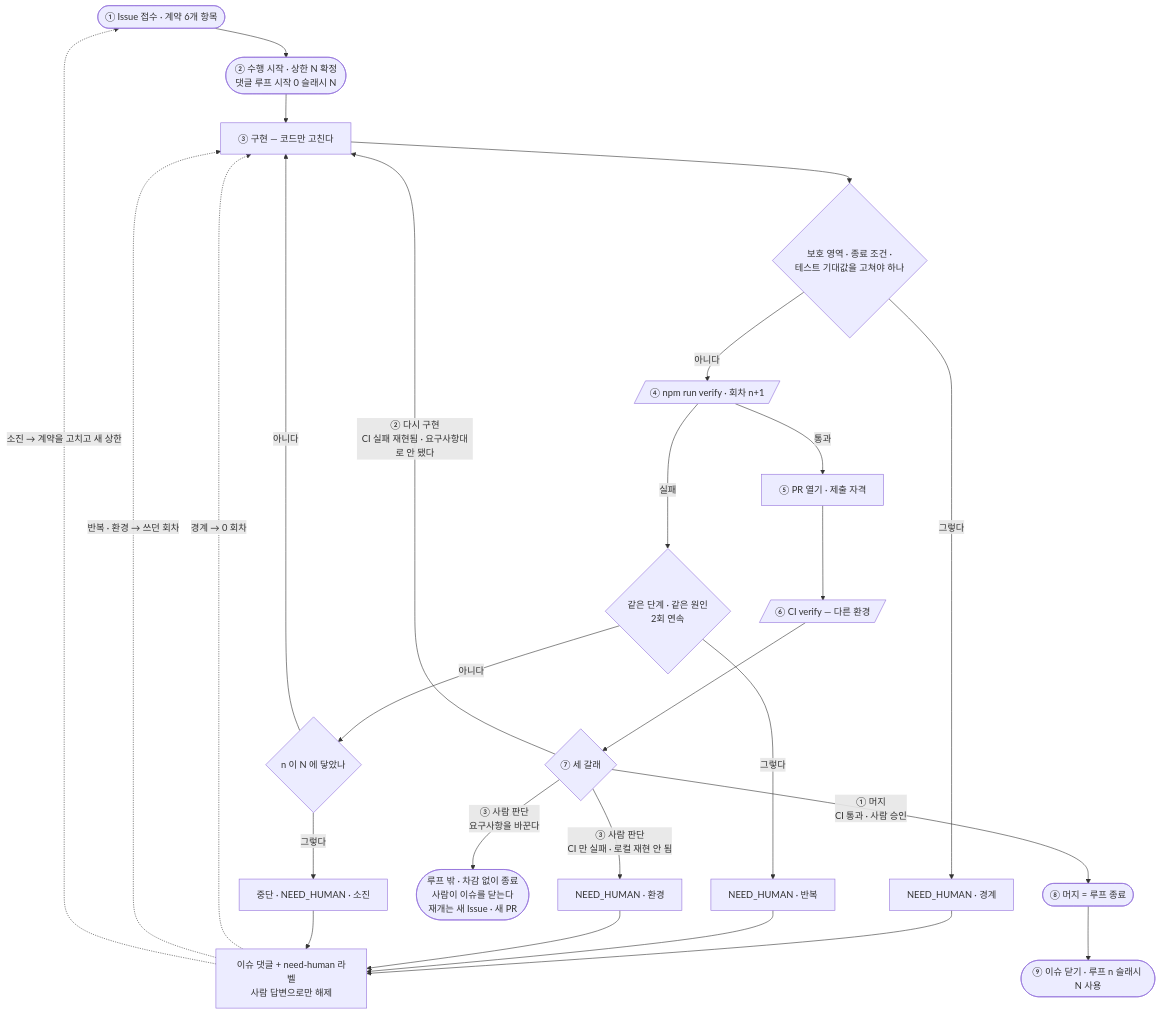
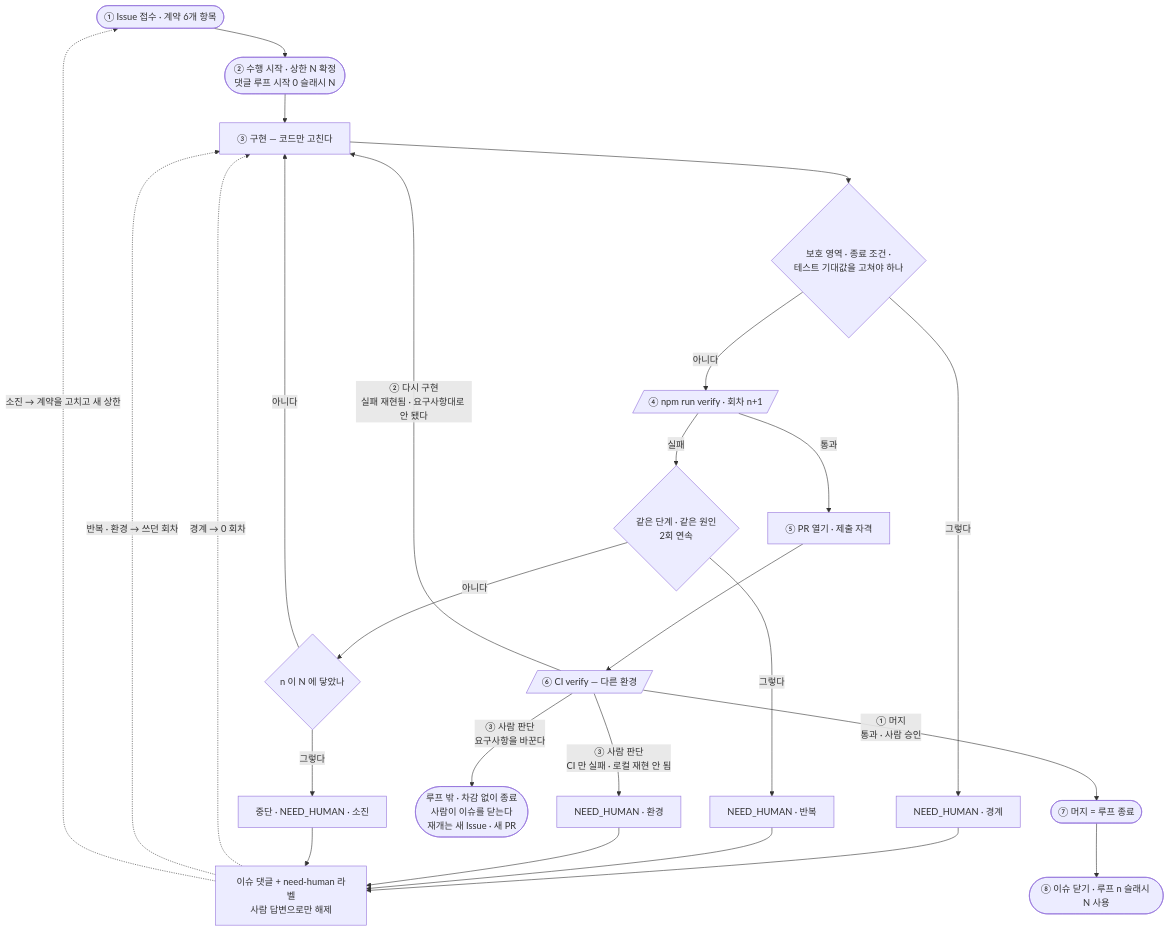
One commit to KIMJONGUK/inventory-poc changed the first of 2 diagrams in docs/harness/loop.md. Above: the diagram before and after it, drawn with Mermaid. The commit also changed other lines of this file, not shown here.

Commit message:
docs: 세 갈래를 CI verify 에 직접 단다
중간에 "세 갈래" 노드를 하나 두면 결정 지점이 둘로 보인다. 결정은
CI 결과를 보고 한 번 내리는 것이므로 갈래를 CI 에 바로 붙이고,
뒤 번호를 ⑦ 머지 · ⑧ 이슈 닫기로 당긴다.

````diff
--- a/docs/harness/loop.md
+++ b/docs/harness/loop.md
@@ -27,28 +27,27 @@
 ```mermaid
 flowchart TD
     I([① Issue 접수 · 계약 6개 항목]) --> A([② 수행 시작 · 상한 N 확정<br/>댓글 루프 시작 0 슬래시 N])
     A --> C[③ 구현 — 코드만 고친다]
     C --> B{보호 영역 · 종료 조건 ·<br/>테스트 기대값을 고쳐야 하나}
     B -- 그렇다 --> HB[NEED_HUMAN · 경계]
     B -- 아니다 --> V[/④ npm run verify · 회차 n+1/]
     V -- 실패 --> R{같은 단계 · 같은 원인<br/>2회 연속}
     R -- 그렇다 --> HR[NEED_HUMAN · 반복]
     R -- 아니다 --> L{n 이 N 에 닿았나}
     L -- 아니다 --> C
     L -- 그렇다 --> HS[중단 · NEED_HUMAN · 소진]
     V -- 통과 --> P[⑤ PR 열기 · 제출 자격]
     P --> CI[/⑥ CI verify — 다른 환경/]
-    CI --> T{⑦ 세 갈래}
-    T -- ① 머지<br/>CI 통과 · 사람 승인 --> M([⑧ 머지 = 루프 종료])
-    M --> Z([⑨ 이슈 닫기 · 루프 n 슬래시 N 사용])
-    T -- ② 다시 구현<br/>CI 실패 재현됨 · 요구사항대로 안 됐다 --> C
-    T -- ③ 사람 판단<br/>요구사항을 바꾼다 --> X([루프 밖 · 차감 없이 종료<br/>사람이 이슈를 닫는다<br/>재개는 새 Issue · 새 PR])
-    T -- ③ 사람 판단<br/>CI 만 실패 · 로컬 재현 안 됨 --> HE[NEED_HUMAN · 환경]
+    CI -- ① 머지<br/>통과 · 사람 승인 --> M([⑦ 머지 = 루프 종료])
+    M --> Z([⑧ 이슈 닫기 · 루프 n 슬래시 N 사용])
+    CI -- ② 다시 구현<br/>실패 재현됨 · 요구사항대로 안 됐다 --> C
+    CI -- ③ 사람 판단<br/>요구사항을 바꾼다 --> X([루프 밖 · 차감 없이 종료<br/>사람이 이슈를 닫는다<br/>재개는 새 Issue · 새 PR])
+    CI -- ③ 사람 판단<br/>CI 만 실패 · 로컬 재현 안 됨 --> HE[NEED_HUMAN · 환경]
     HB --> W
     HR --> W
     HE --> W
     HS --> W[이슈 댓글 + need-human 라벨<br/>사람 답변으로만 해제]
     W -. 경계 → 0 회차 .-> C
     W -. 반복 · 환경 → 쓰던 회차 .-> C
     W -. 소진 → 계약을 고치고 새 상한 .-> I
 ```
````
